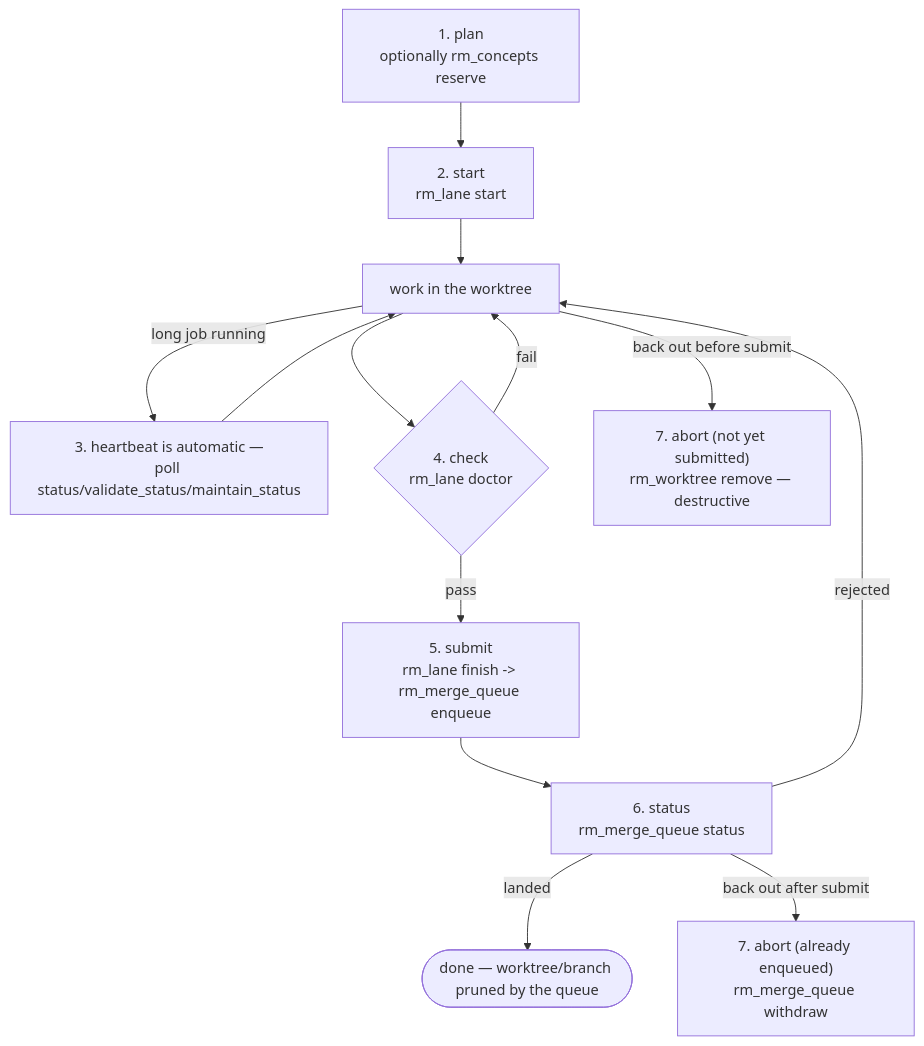
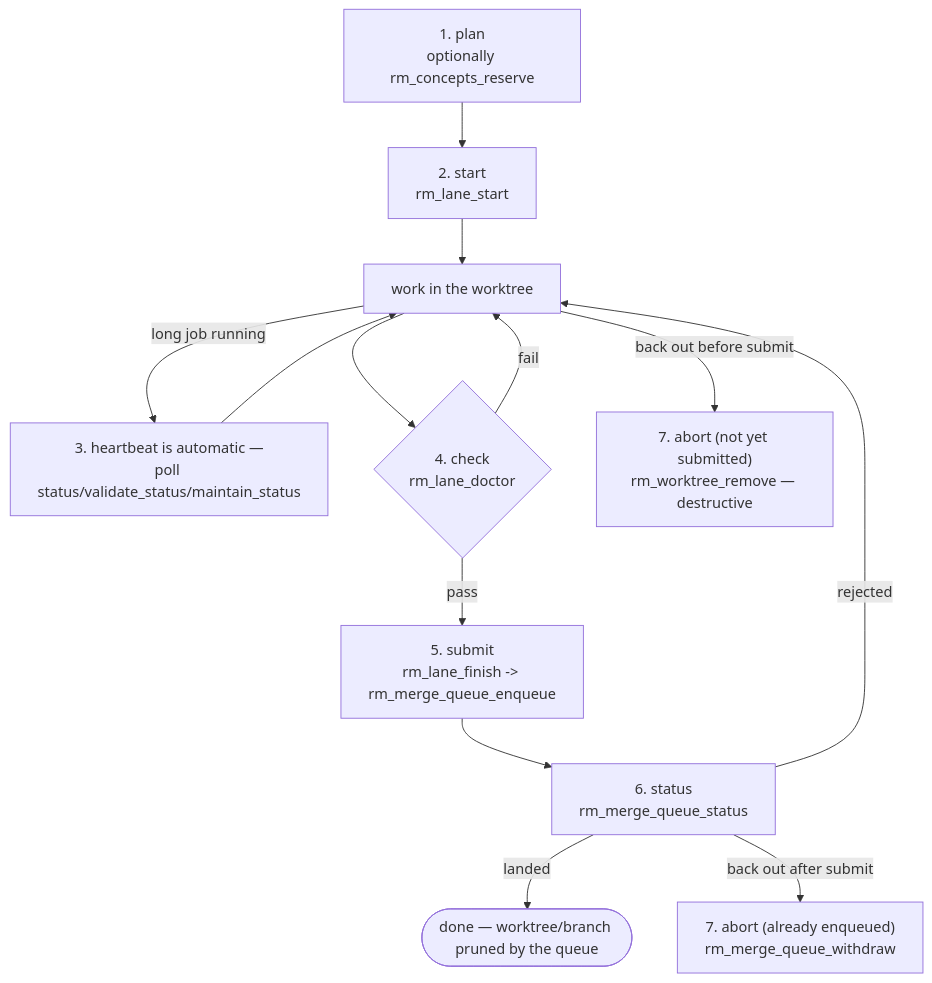
The diagram in repository_manager/skills/repository-manager-development-lifecycle/SKILL.md (Knuckles-Team/repository-manager), drawn with Mermaid before and after one commit. The commit also changed other lines of this file and 33 other files, not shown here.

````diff
--- a/repository_manager/skills/repository-manager-development-lifecycle/SKILL.md
+++ b/repository_manager/skills/repository-manager-development-lifecycle/SKILL.md
@@ -71,15 +71,15 @@
 ```mermaid
 flowchart TD
-    P["1. plan<br/>optionally rm_concepts reserve"] --> S["2. start<br/>rm_lane start"]
+    P["1. plan<br/>optionally rm_concepts_reserve"] --> S["2. start<br/>rm_lane_start"]
     S --> W["work in the worktree"]
     W -->|"long job running"| H["3. heartbeat is automatic —<br/>poll status/validate_status/maintain_status"]
     H --> W
-    W --> C{"4. check<br/>rm_lane doctor"}
+    W --> C{"4. check<br/>rm_lane_doctor"}
     C -->|"fail"| W
-    C -->|"pass"| Sub["5. submit<br/>rm_lane finish -> rm_merge_queue enqueue"]
-    Sub --> St["6. status<br/>rm_merge_queue status"]
+    C -->|"pass"| Sub["5. submit<br/>rm_lane_finish -> rm_merge_queue_enqueue"]
+    Sub --> St["6. status<br/>rm_merge_queue_status"]
     St -->|"landed"| Done(["done — worktree/branch pruned by the queue"])
     St -->|"rejected"| W
-    W -->|"back out before submit"| Ab1["7. abort (not yet submitted)<br/>rm_worktree remove — destructive"]
-    St -->|"back out after submit"| Ab2["7. abort (already enqueued)<br/>rm_merge_queue withdraw"]
+    W -->|"back out before submit"| Ab1["7. abort (not yet submitted)<br/>rm_worktree_remove — destructive"]
+    St -->|"back out after submit"| Ab2["7. abort (already enqueued)<br/>rm_merge_queue_withdraw"]
 ```
````
